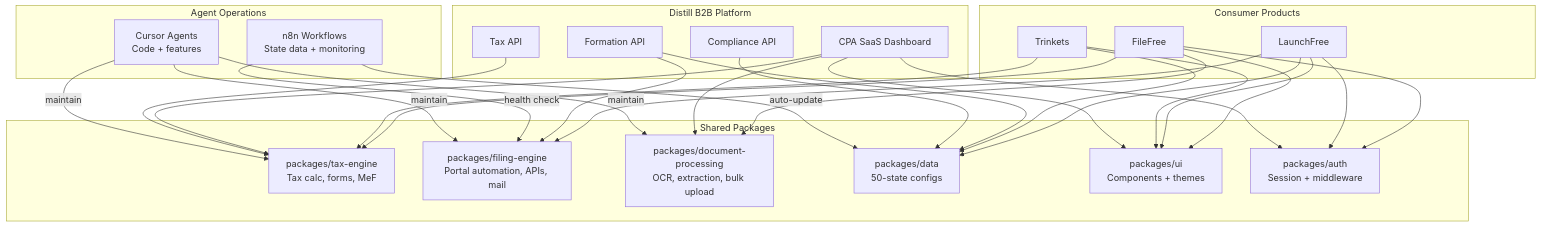
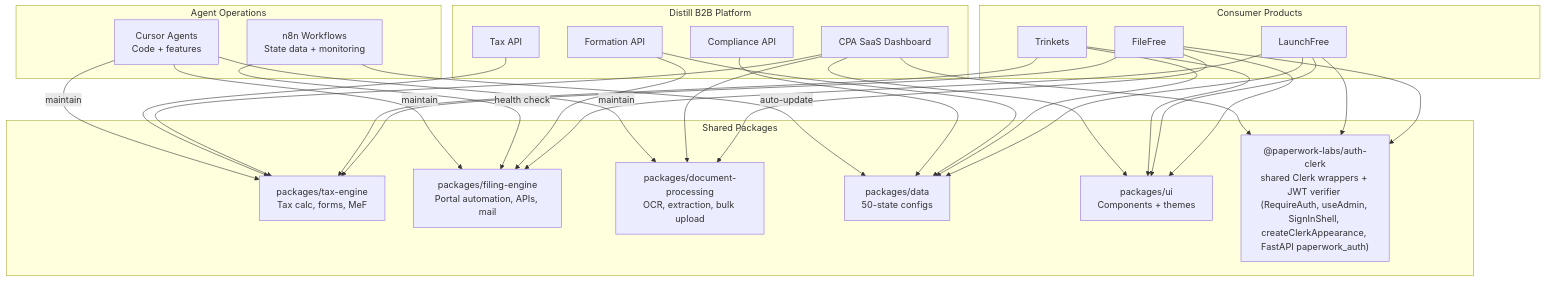
The second of 12 diagrams in docs/ARCHITECTURE.md (paperwork-labs/paperwork), drawn with Mermaid before and after one commit. The commit also changed 5 other files, not shown here.

First line of the commit message:
docs: Track D — Clerk canon (D56 superseded, VMP/PRD/ARCHITECTURE updated, brand.mdc wordmark locked)

````diff
--- a/docs/ARCHITECTURE.md
+++ b/docs/ARCHITECTURE.md
@@ -157,40 +157,40 @@
 ```mermaid
 flowchart TB
     subgraph consumers [Consumer Products]
         FF["FileFree"]
         LF["LaunchFree"]
         TR["Trinkets"]
     end
 
     subgraph shared [Shared Packages]
         TE["packages/tax-engine<br/>Tax calc, forms, MeF"]
         FE["packages/filing-engine<br/>Portal automation, APIs, mail"]
         DP["packages/document-processing<br/>OCR, extraction, bulk upload"]
         SD["packages/data<br/>50-state configs"]
         UI["packages/ui<br/>Components + themes"]
-        AUTH["packages/auth<br/>Session + middleware"]
+        AUTH["@paperwork-labs/auth-clerk<br/>shared Clerk wrappers + JWT verifier (RequireAuth, useAdmin, SignInShell, createClerkAppearance, FastAPI paperwork_auth)"]
     end
 
     subgraph b2b [Distill B2B Platform]
         DCPA["CPA SaaS Dashboard"]
         DFORM["Formation API"]
         DTAX["Tax API"]
         DCOMP["Compliance API"]
     end
 
     subgraph agents [Agent Operations]
         CURSOR["Cursor Agents<br/>Code + features"]
         N8N["n8n Workflows<br/>State data + monitoring"]
     end
 
     FF --> TE & DP & UI & AUTH
     LF --> FE & SD & UI & AUTH
     TR --> TE & SD & UI
     DCPA --> DP & TE & UI & AUTH
     DFORM --> FE & SD
     DTAX --> TE
     DCOMP --> SD
     N8N -->|"auto-update"| SD
     N8N -->|"health check"| FE
     CURSOR -->|"maintain"| TE & FE & DP
 ```
````
